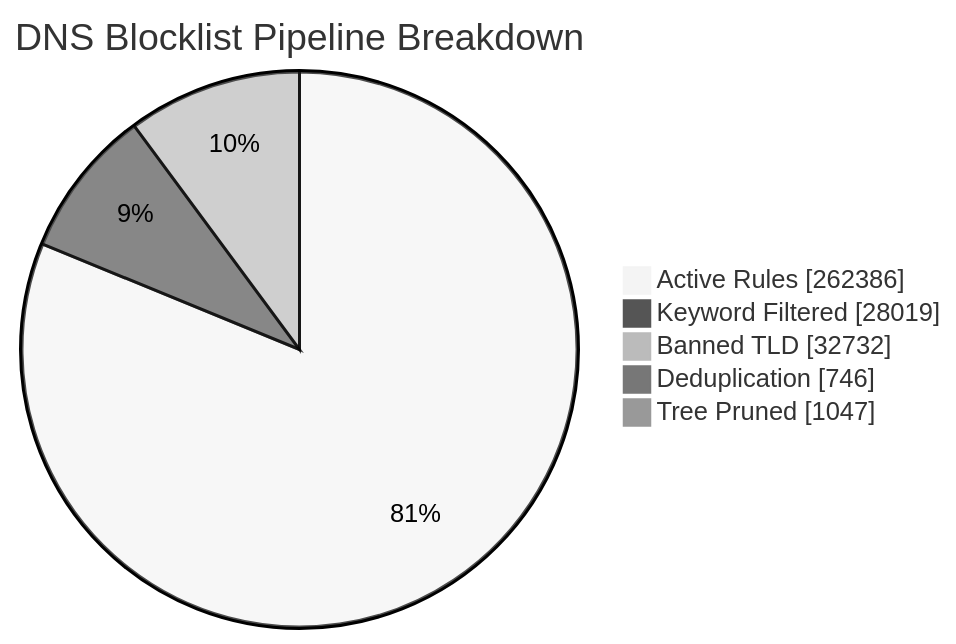
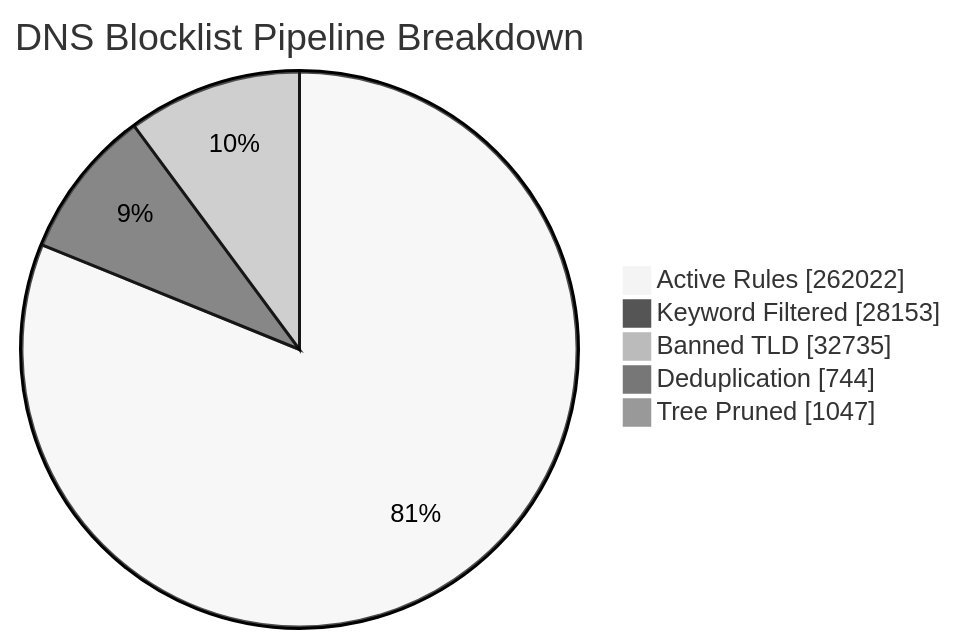
One commit to brojangles24/Cloudflare-ZeroTrust-AdBlock changed the first of 6 diagrams in README_STATS.md. Above: the diagram before and after it, drawn with Mermaid (neutral theme). The commit also changed other lines of this file and 1 other file, not shown here.

````diff
--- a/README_STATS.md
+++ b/README_STATS.md
@@ -41,8 +41,8 @@
 ```mermaid
 pie showData title DNS Blocklist Pipeline Breakdown
-    "Active Rules"     : 262386
-    "Keyword Filtered" : 28019
-    "Banned TLD"       : 32732
-    "Deduplication"    : 746
+    "Active Rules"     : 262022
+    "Keyword Filtered" : 28153
+    "Banned TLD"       : 32735
+    "Deduplication"    : 744
     "Tree Pruned"      : 1047
 ```
````
